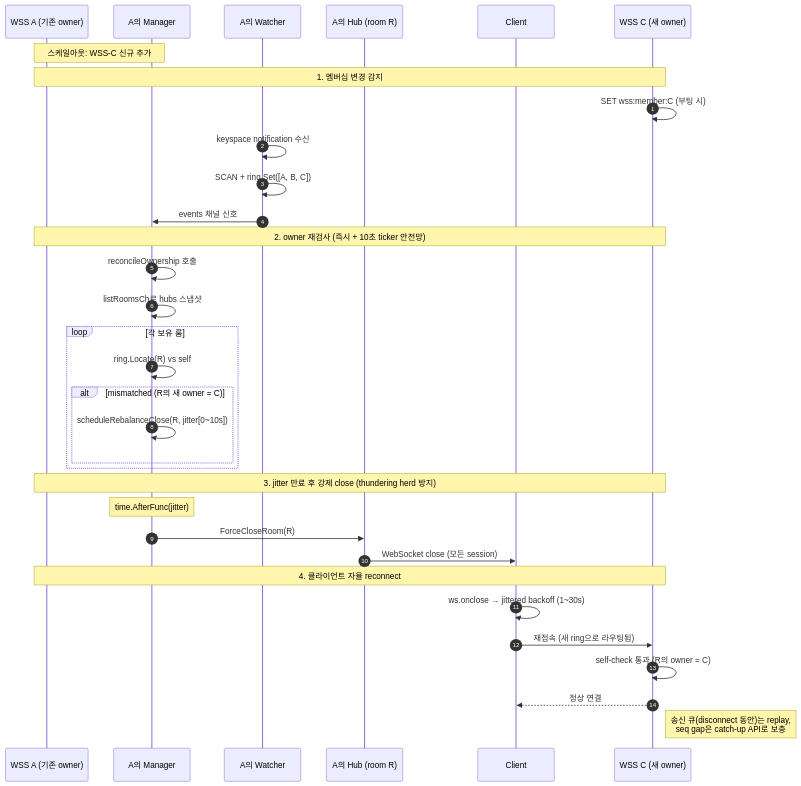
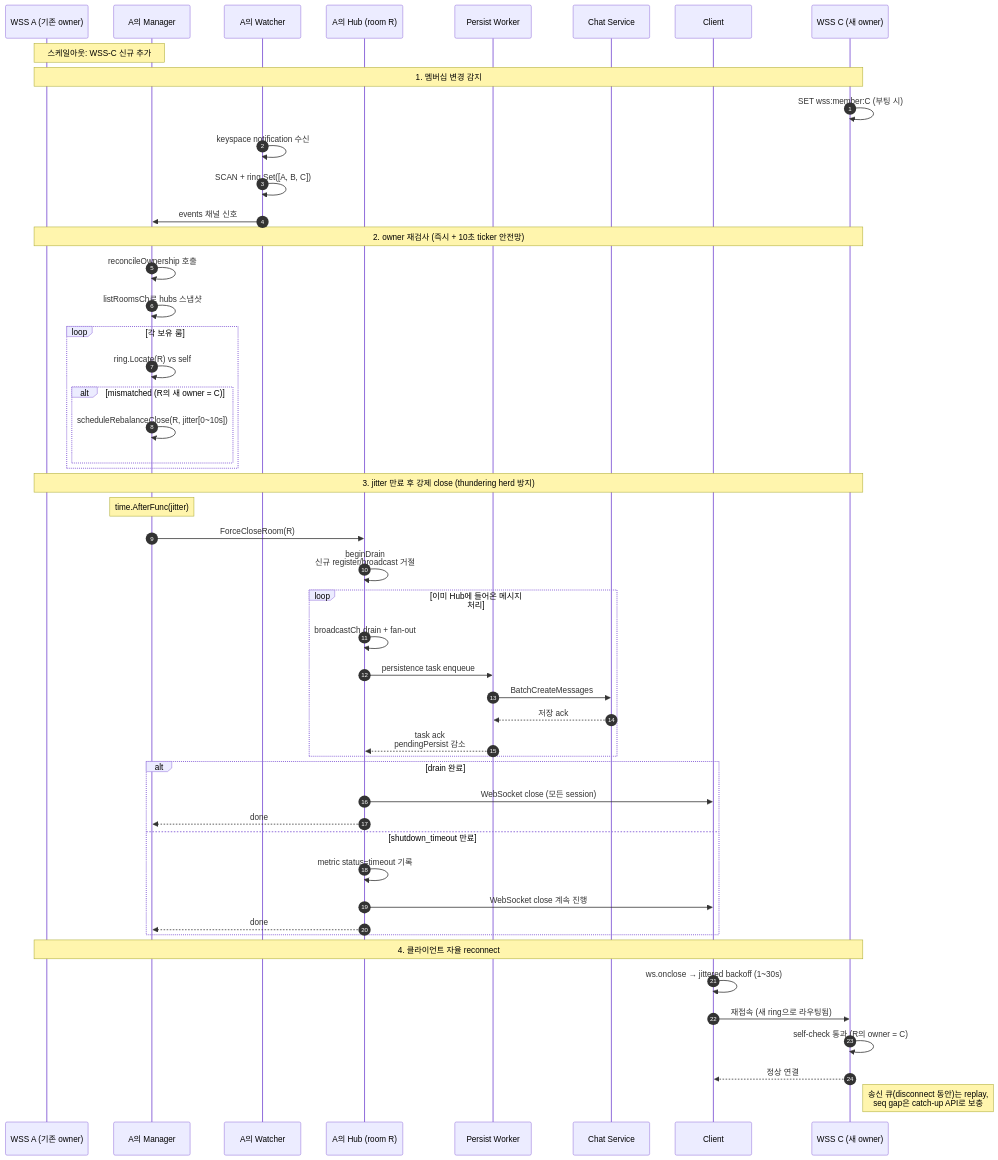
Before and after one commit to happyhun/go-chat-msa: the diagram in docs/diagrams/seq-rebalance.mmd, drawn with Mermaid. The commit also changed 5 other files, not shown here.

Commit message:
docs: WebSocket drain 설계 문서 갱신

```diff
--- a/docs/diagrams/seq-rebalance.mmd
+++ b/docs/diagrams/seq-rebalance.mmd
@@ -1,38 +1,57 @@
 sequenceDiagram
     autonumber
 
     Note over WSS_A, Manager: 스케일아웃: WSS-C 신규 추가
     participant WSS_A as WSS A (기존 owner)
     participant Watcher as A의 Watcher
     participant Manager as A의 Manager
     participant Hub as A의 Hub (room R)
+    participant Worker as Persist Worker
+    participant ChatSvc as Chat Service
     participant Client as Client
     participant WSS_C as WSS C (새 owner)
 
     Note over WSS_A, WSS_C: 1. 멤버십 변경 감지
     WSS_C->>WSS_C: SET wss:member:C (부팅 시)
     Watcher->>Watcher: keyspace notification 수신
     Watcher->>Watcher: SCAN + ring.Set([A, B, C])
     Watcher->>Manager: events 채널 신호
 
     Note over WSS_A, WSS_C: 2. owner 재검사 (즉시 + 10초 ticker 안전망)
     Manager->>Manager: reconcileOwnership 호출
     Manager->>Manager: listRoomsCh로 hubs 스냅샷
     loop 각 보유 룸
         Manager->>Manager: ring.Locate(R) vs self
         alt mismatched (R의 새 owner = C)
             Manager->>Manager: scheduleRebalanceClose(R, jitter[0~10s])
         end
     end
 
     Note over WSS_A, WSS_C: 3. jitter 만료 후 강제 close (thundering herd 방지)
     Note over Manager: time.AfterFunc(jitter)
     Manager->>Hub: ForceCloseRoom(R)
-    Hub->>Client: WebSocket close (모든 session)
+    Hub->>Hub: beginDrain<br/>신규 register/broadcast 거절
+
+    loop 이미 Hub에 들어온 메시지 처리
+        Hub->>Hub: broadcastCh drain + fan-out
+        Hub->>Worker: persistence task enqueue
+        Worker->>ChatSvc: BatchCreateMessages
+        ChatSvc-->>Worker: 저장 ack
+        Worker-->>Hub: task ack<br/>pendingPersist 감소
+    end
+
+    alt drain 완료
+        Hub->>Client: WebSocket close (모든 session)
+        Hub-->>Manager: done
+    else shutdown_timeout 만료
+        Hub->>Hub: metric status=timeout 기록
+        Hub->>Client: WebSocket close 계속 진행
+        Hub-->>Manager: done
+    end
 
     Note over WSS_A, WSS_C: 4. 클라이언트 자율 reconnect
     Client->>Client: ws.onclose → jittered backoff (1~30s)
     Client->>WSS_C: 재접속 (새 ring으로 라우팅됨)
     WSS_C->>WSS_C: self-check 통과 (R의 owner = C)
     WSS_C-->>Client: 정상 연결
     Note right of WSS_C: 송신 큐(disconnect 동안)는 replay,<br/>seq gap은 catch-up API로 보충
```
